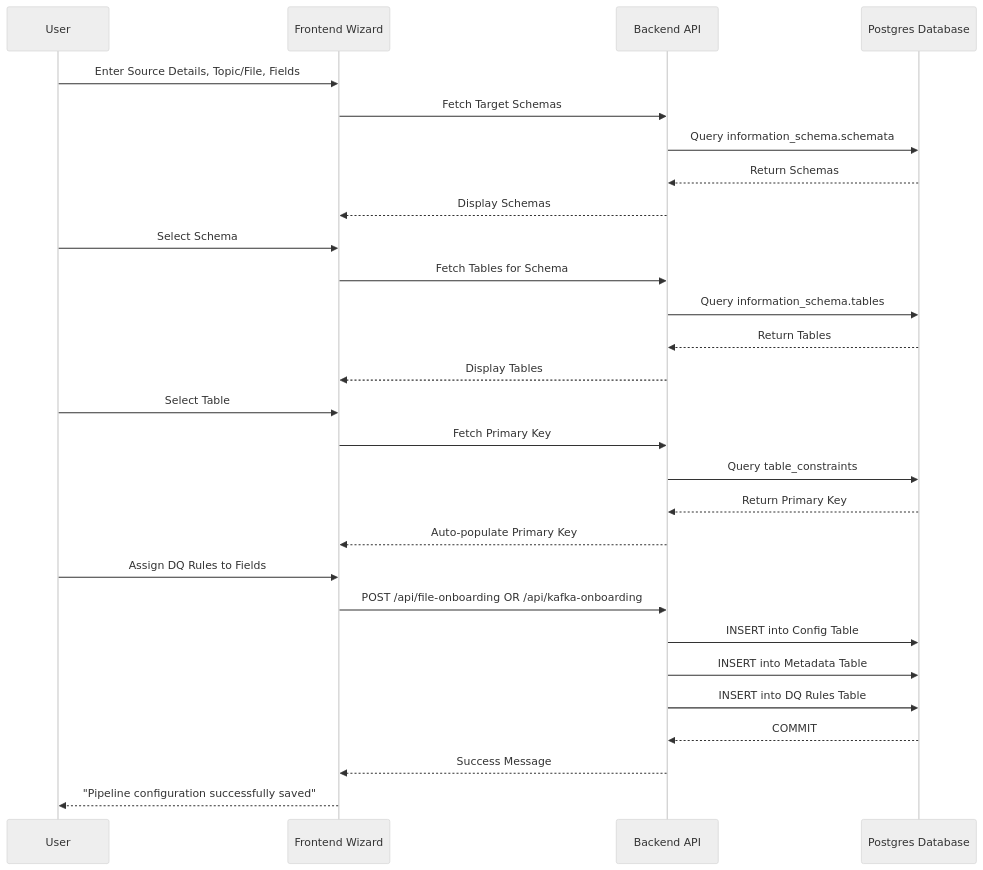
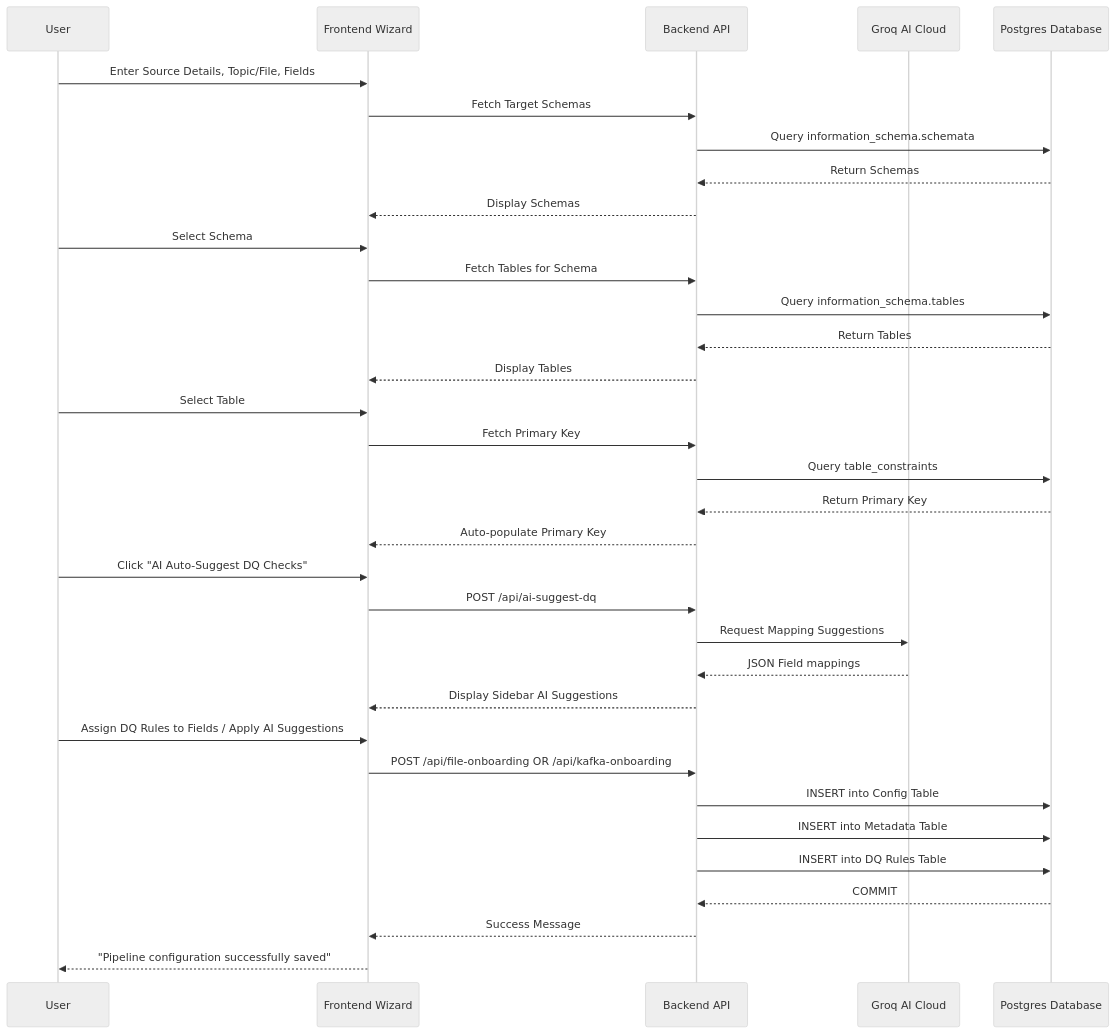
Before and after one commit to RawatShreyansh/onboarding_form: the third of 4 diagrams in README.md, drawn with Mermaid (neutral theme). The commit also changed other lines of this file, not shown here.

````diff
--- a/README.md
+++ b/README.md
@@ -130,31 +136,37 @@
 ```mermaid
 sequenceDiagram
     participant User
     participant UI as Frontend Wizard
     participant API as Backend API
+    participant Groq as Groq AI Cloud
     participant DB as Postgres Database
 
     User->>UI: Enter Source Details, Topic/File, Fields
     UI->>API: Fetch Target Schemas
     API->>DB: Query information_schema.schemata
     DB-->>API: Return Schemas
     API-->>UI: Display Schemas
     User->>UI: Select Schema
     UI->>API: Fetch Tables for Schema
     API->>DB: Query information_schema.tables
     DB-->>API: Return Tables
     API-->>UI: Display Tables
     User->>UI: Select Table
     UI->>API: Fetch Primary Key
     API->>DB: Query table_constraints
     DB-->>API: Return Primary Key
     API-->>UI: Auto-populate Primary Key
-    User->>UI: Assign DQ Rules to Fields
+    User->>UI: Click "AI Auto-Suggest DQ Checks"
+    UI->>API: POST /api/ai-suggest-dq
+    API->>Groq: Request Mapping Suggestions
+    Groq-->>API: JSON Field mappings
+    API-->>UI: Display Sidebar AI Suggestions
+    User->>UI: Assign DQ Rules to Fields / Apply AI Suggestions
     UI->>API: POST /api/file-onboarding OR /api/kafka-onboarding
     API->>DB: INSERT into Config Table
     API->>DB: INSERT into Metadata Table
     API->>DB: INSERT into DQ Rules Table
     DB-->>API: COMMIT
     API-->>UI: Success Message
     UI-->>User: "Pipeline configuration successfully saved"
 ```
````
